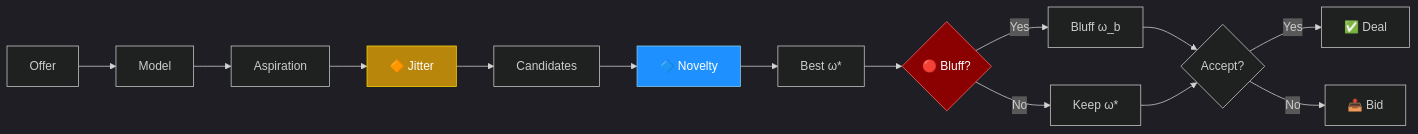
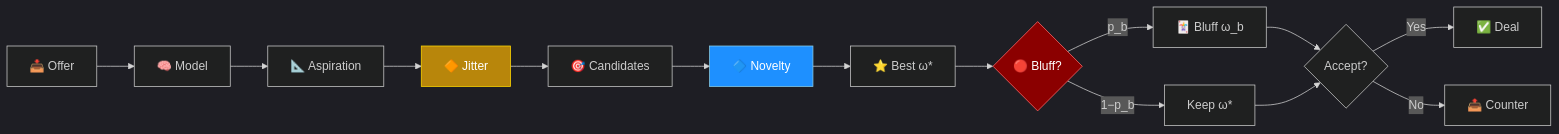
The first of 3 diagrams in README.md (celosers/AdaptiveBathNegotiater), drawn with Mermaid before and after one commit. The commit also changed other lines of this file, not shown here.

Commit message:
Fix: drop unicode bars, clean markdown tables, compact architecture diagram

````diff
--- a/README.md
+++ b/README.md
@@ -11,21 +11,21 @@
 ```mermaid
-%%{init: {'theme': 'dark'}}%%
+%%{init: {'theme': 'dark', 'themeVariables': {'fontSize': '16px'}}}%%
 flowchart LR
-    A[Offer] --> B[Model]
-    B --> C[Aspiration]
-    C --> D[🔶 Jitter]
-    D --> E[Candidates]
-    E --> F[🔷 Novelty]
-    F --> G[Best ω*]
-    G --> H{🔴 Bluff?}
-    H -->|Yes| I[Bluff ω_b]
-    H -->|No| J[Keep ω*]
-    I --> K{Accept?}
+    A["📥 Offer"] --> B["🧠 Model"]
+    B --> C["📐 Aspiration"]
+    C --> D["🔶 Jitter"]
+    D --> E["🎯 Candidates"]
+    E --> F["🔷 Novelty"]
+    F --> G["⭐ Best ω*"]
+    G --> H{"🔴 Bluff?"}
+    H -->|"p_b"| I["🃏 Bluff ω_b"]
+    H -->|"1−p_b"| J["Keep ω*"]
+    I --> K{"Accept?"}
     J --> K
-    K -->|Yes| L[✅ Deal]
-    K -->|No| M[📤 Bid]
+    K -->|"Yes"| L["✅ Deal"]
+    K -->|"No"| M["📤 Counter"]
 
     style D fill:#b8860b,stroke:#ffd700,color:#fff
     style F fill:#1e90ff,stroke:#87ceeb,color:#fff
     style H fill:#8b0000,stroke:#ff6b6b,color:#fff
 ```
````
